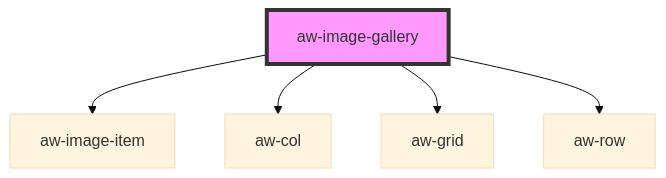
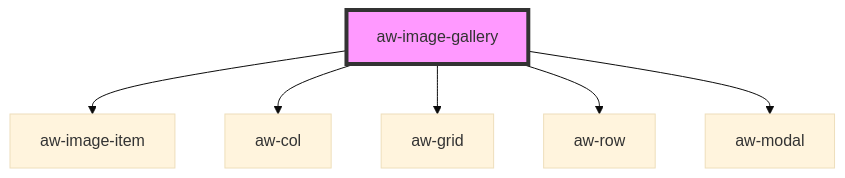
One commit to mergin/universal-design-system changed the diagram in src/components/image-gallery/aw-image-gallery/readme.md. Above: the diagram before and after it, drawn with Mermaid (base theme). The commit also changed other lines of this file and 9 other files, not shown here.

````diff
--- a/src/components/image-gallery/aw-image-gallery/readme.md
+++ b/src/components/image-gallery/aw-image-gallery/readme.md
@@ -18,8 +19,9 @@
 ```mermaid
 graph TD;
   aw-image-gallery --> aw-image-item
   aw-image-gallery --> aw-col
   aw-image-gallery --> aw-grid
   aw-image-gallery --> aw-row
+  aw-image-gallery --> aw-modal
   style aw-image-gallery fill:#f9f,stroke:#333,stroke-width:4px
 ```
````
